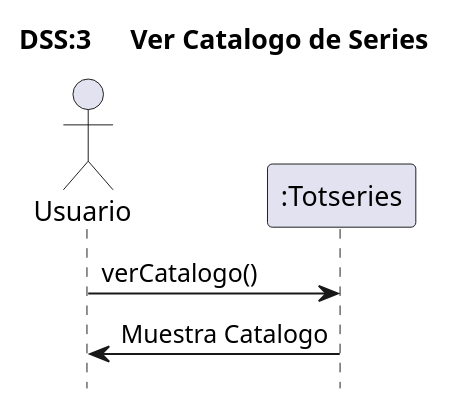
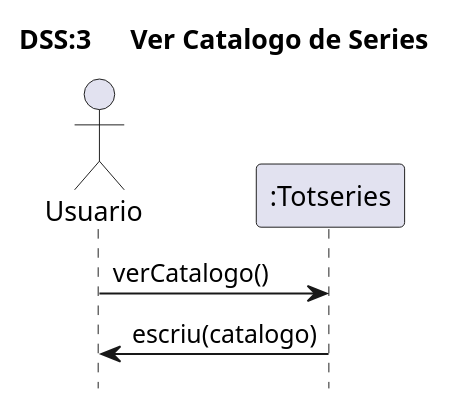
The diagram in src/totseries/Uml/Sistema/Diagrama de Sistema UC3.puml (MrViciao/TotSeries), drawn with PlantUML before and after one commit.

Commit message:
Update Diagrama de Sistema UC3.puml

```diff
--- a/src/totseries/Uml/Sistema/Diagrama de Sistema UC3.puml
+++ b/src/totseries/Uml/Sistema/Diagrama de Sistema UC3.puml
@@ -1,9 +1,10 @@
 @startuml
 title	DSS:3	Ver Catalogo de Series
+
 hide	footbox
 
 actor	Usuario	as	user
 user	->	":Totseries":verCatalogo()
-":Totseries" -> user :Muestra Catalogo
+":Totseries" -> user :escriu(catalogo)
 
 @enduml
```
